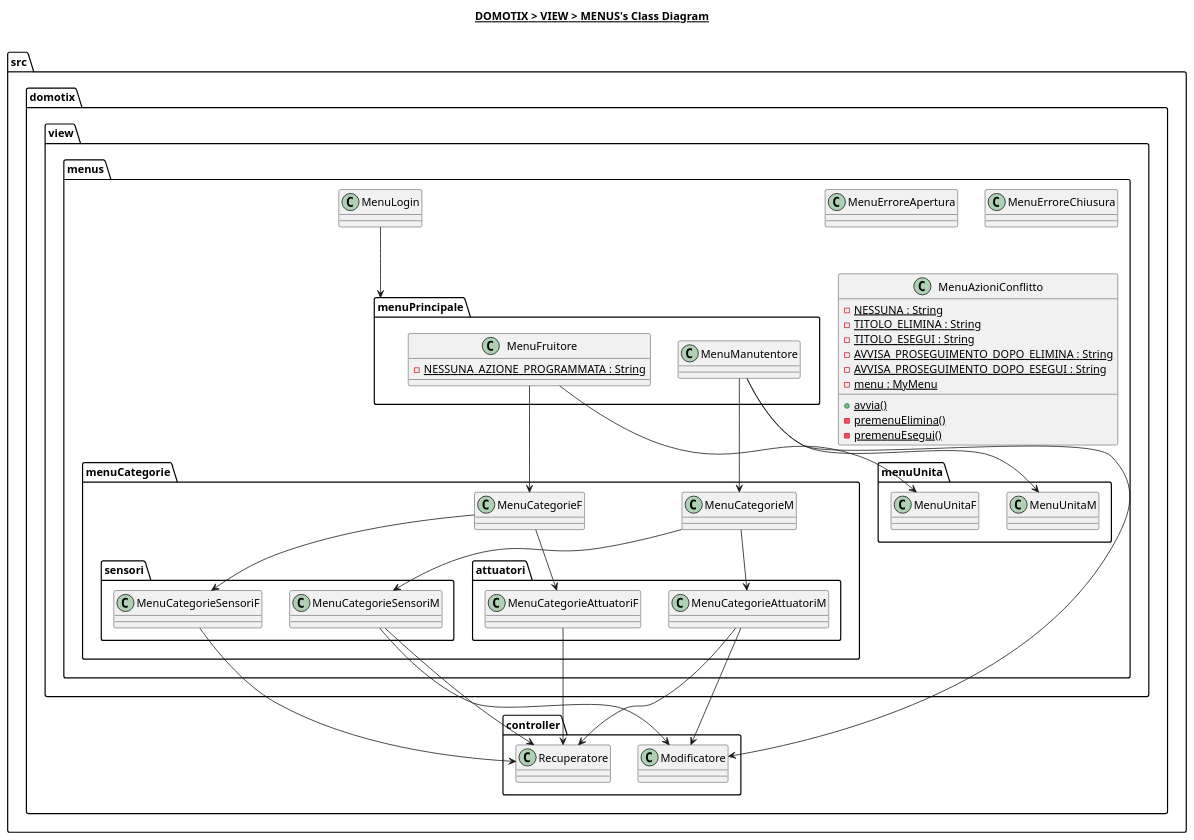
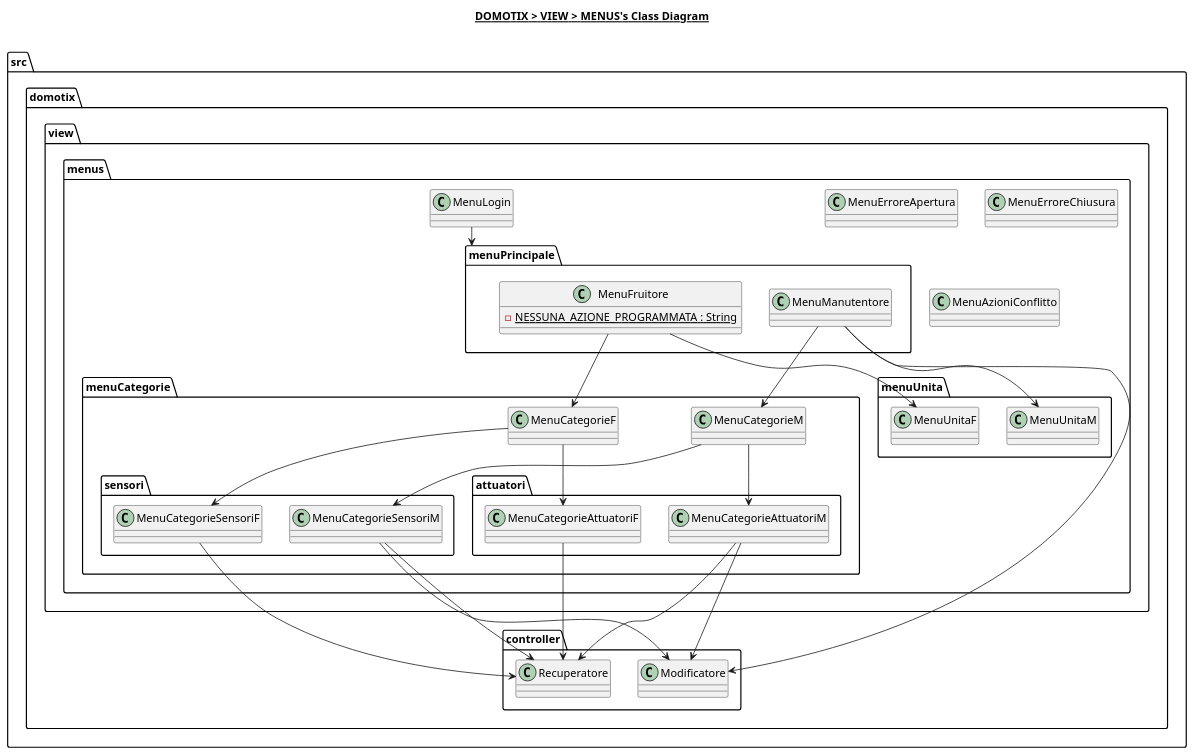
The diagram in src/domotix/view/menus/menus.plantuml (Edoar-do/Domotix), drawn with PlantUML before and after one commit. The commit also changed 14 other files, not shown here.

Commit message:
Aggiunge classi ImportaDati in model; inizializza diagrammi V5

```diff
--- a/src/domotix/view/menus/menus.plantuml
+++ b/src/domotix/view/menus/menus.plantuml
@@ -1,82 +1,73 @@
 @startuml
 
 title __DOMOTIX > VIEW > MENUS's Class Diagram__\n
 
 namespace src.domotix.view.menus {
     class src.domotix.view.menus.MenuErroreApertura {
     }
 
     class src.domotix.view.menus.MenuErroreChiusura {
     }
 
     class src.domotix.view.menus.MenuAzioniConflitto {
-        {static} - NESSUNA : String
-        {static} - TITOLO_ELIMINA : String
-        {static} - TITOLO_ESEGUI : String
-        {static} - AVVISA_PROSEGUIMENTO_DOPO_ELIMINA : String
-        {static} - AVVISA_PROSEGUIMENTO_DOPO_ESEGUI : String
-        {static} - menu : MyMenu
-        {static} + avvia()
-        {static} - premenuElimina()
-        {static} - premenuEsegui()
     }
 
     class src.domotix.view.menus.MenuLogin {
     }
 
     namespace menuPrincipale {
         class src.domotix.view.menus.menuPrincipale.MenuFruitore {
             {static} - NESSUNA_AZIONE_PROGRAMMATA : String
         }
 
         class src.domotix.view.menus.menuPrincipale.MenuManutentore {
         }
     }
 
     namespace menuCategorie {
         class src.domotix.view.menus.menuCategorie.MenuCategorieF {
         }
 
         class src.domotix.view.menus.menuCategorie.MenuCategorieM {
         }
 
         namespace sensori {
             class src.domotix.view.menus.menuCategorie.sensori.MenuCategorieSensoriF {
             }
 
             class src.domotix.view.menus.menuCategorie.sensori.MenuCategorieSensoriM {
             }
         }
 
         namespace attuatori {
             class src.domotix.view.menus.menuCategorie.attuatori.MenuCategorieAttuatoriF {
             }
 
             class src.domotix.view.menus.menuCategorie.attuatori.MenuCategorieAttuatoriM {
             }
         }
     }
 
     namespace menuUnita {
     }
 }
 
 src.domotix.view.menus.MenuLogin --> src.domotix.view.menus.menuPrincipale
 src.domotix.view.menus.menuPrincipale.MenuManutentore --> src.domotix.view.menus.menuUnita.MenuUnitaM
 src.domotix.view.menus.menuPrincipale.MenuFruitore --> src.domotix.view.menus.menuUnita.MenuUnitaF
 src.domotix.view.menus.menuPrincipale.MenuManutentore --> src.domotix.view.menus.menuCategorie.MenuCategorieM
 src.domotix.view.menus.menuPrincipale.MenuFruitore --> src.domotix.view.menus.menuCategorie.MenuCategorieF
 src.domotix.view.menus.menuCategorie.MenuCategorieM --> src.domotix.view.menus.menuCategorie.attuatori.MenuCategorieAttuatoriM
 src.domotix.view.menus.menuCategorie.MenuCategorieM --> src.domotix.view.menus.menuCategorie.sensori.MenuCategorieSensoriM
 src.domotix.view.menus.menuCategorie.MenuCategorieF --> src.domotix.view.menus.menuCategorie.attuatori.MenuCategorieAttuatoriF
 src.domotix.view.menus.menuCategorie.MenuCategorieF --> src.domotix.view.menus.menuCategorie.sensori.MenuCategorieSensoriF
 
 src.domotix.view.menus.menuCategorie.attuatori.MenuCategorieAttuatoriM --> src.domotix.controller.Modificatore
 src.domotix.view.menus.menuCategorie.attuatori.MenuCategorieAttuatoriM --> src.domotix.controller.Recuperatore
 src.domotix.view.menus.menuCategorie.attuatori.MenuCategorieAttuatoriF --> src.domotix.controller.Recuperatore
 src.domotix.view.menus.menuCategorie.sensori.MenuCategorieSensoriM --> src.domotix.controller.Modificatore
 src.domotix.view.menus.menuCategorie.sensori.MenuCategorieSensoriM --> src.domotix.controller.Recuperatore
 src.domotix.view.menus.menuCategorie.sensori.MenuCategorieSensoriF --> src.domotix.controller.Recuperatore
 src.domotix.view.menus.menuPrincipale.MenuManutentore --> src.domotix.controller.Modificatore
 
 @enduml
```
